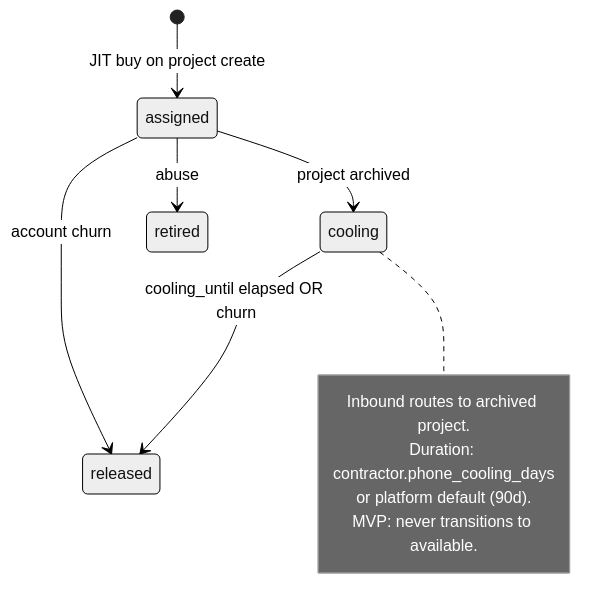
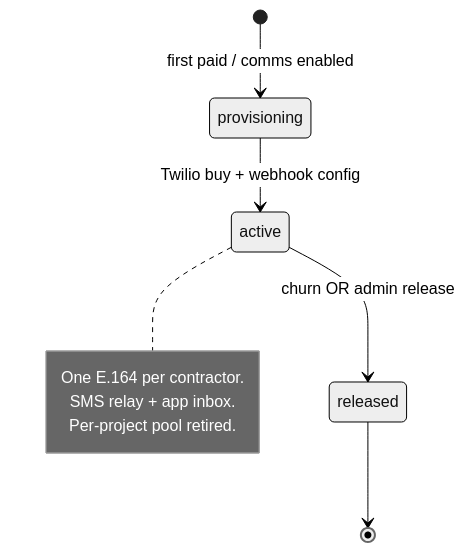
The fifth of 5 diagrams in docs/planning-artifacts/architecture-v0.1.md (tlatourelle/ContractorPro), drawn with Mermaid (neutral theme) before and after one commit. The commit also changed other lines of this file and 48 other files, not shown here.

````diff
--- a/docs/planning-artifacts/architecture-v0.1.md
+++ b/docs/planning-artifacts/architecture-v0.1.md
@@ -838,15 +843,13 @@
 ```mermaid
 stateDiagram-v2
-  [*] --> assigned: JIT buy on project create
-  assigned --> cooling: project archived
-  cooling --> released: cooling_until elapsed OR churn
-  assigned --> released: account churn
-  assigned --> retired: abuse
+  [*] --> provisioning: first paid / comms enabled
+  provisioning --> active: Twilio buy + webhook config
+  active --> released: churn OR admin release
+  released --> [*]
 
-  note right of cooling
-    Inbound routes to archived project.
-    Duration: contractor.phone_cooling_days
-    or platform default (90d).
-    MVP: never transitions to available.
+  note right of active
+    One E.164 per contractor.
+    SMS relay + app inbox.
+    Per-project pool retired.
   end note
 ```
````
